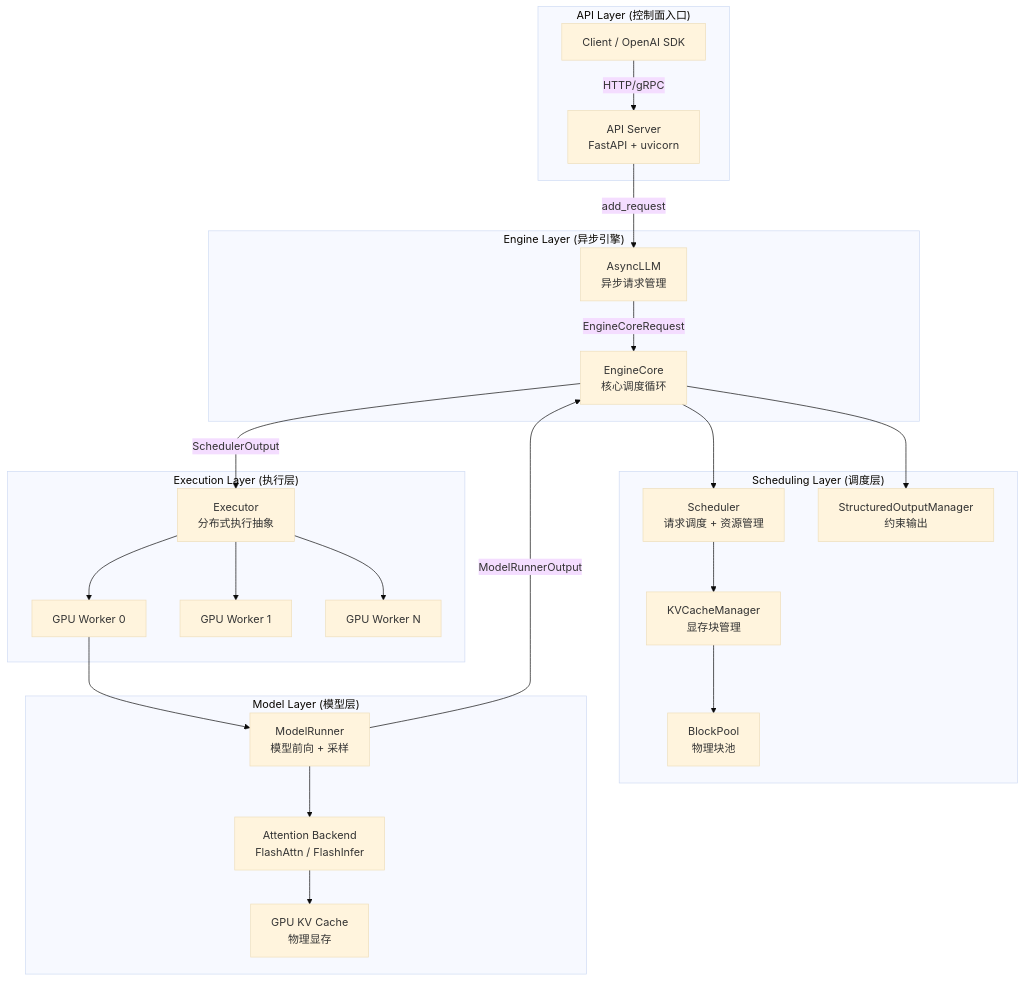
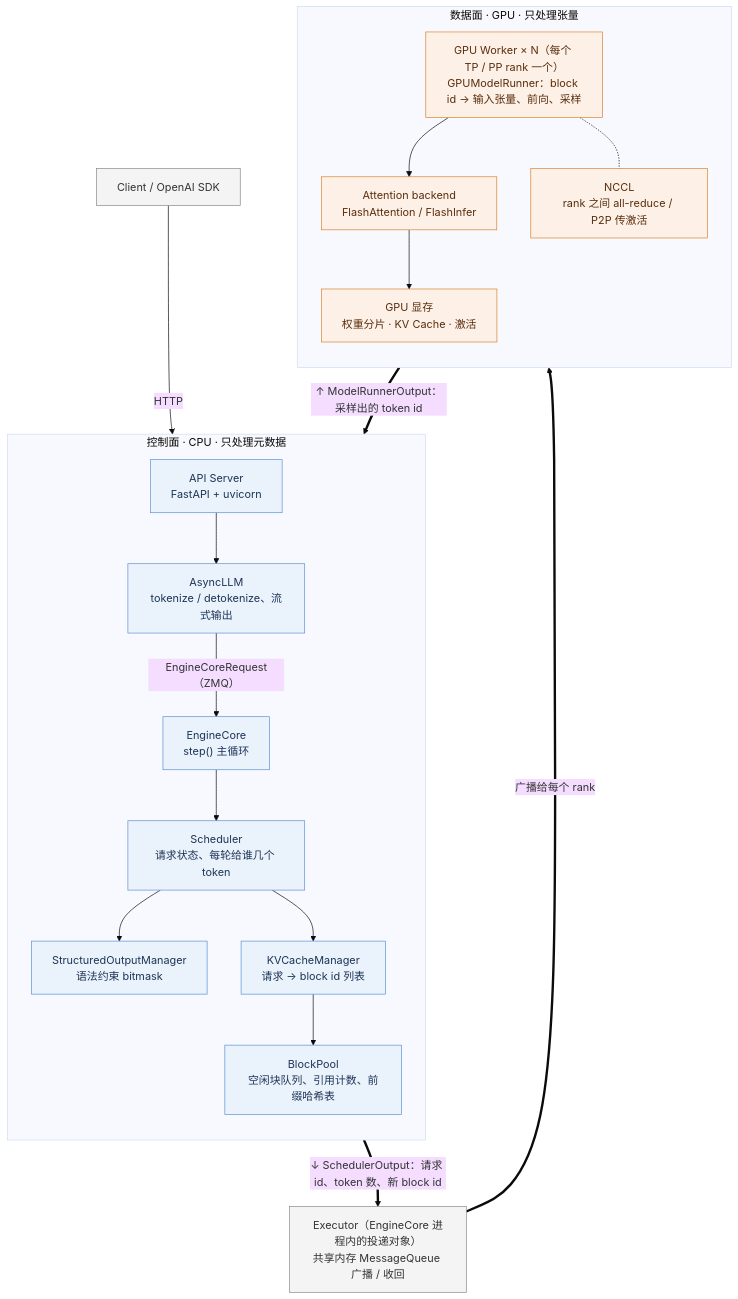
The first of 4 diagrams in _posts/2026-08-14-vllm-request-lifecycle-overview.md (arganzheng/arganzheng.github.com), drawn with Mermaid (base theme) before and after one commit. The commit also changed other lines of this file and 2 other files, not shown here.

First line of the commit message:
vLLM 鸟瞰（03）：按 #270 划线评论修订

````diff
--- a/_posts/2026-08-14-vllm-request-lifecycle-overview.md
+++ b/_posts/2026-08-14-vllm-request-lifecycle-overview.md
@@ -45,49 +45,48 @@
 ```mermaid
-%% 图：vLLM V1 的静态系统拓扑：API 层 → 引擎层 → 调度层 → 执行层，控制面与数据面分离
-graph TB
-    subgraph "API Layer (控制面入口)"
-        Client[Client / OpenAI SDK]
-        API[API Server<br/>FastAPI + uvicorn]
+%% 图：vLLM V1 的逻辑视图：CPU 上的控制面只处理元数据，GPU 上的数据面只处理张量，两者只经 SchedulerOutput / ModelRunnerOutput 交互
+flowchart TB
+    Client["Client / OpenAI SDK"]
+
+    subgraph CP["控制面 · CPU · 只处理元数据"]
+        direction TB
+        API["API Server<br/>FastAPI + uvicorn"]
+        AsyncLLM["AsyncLLM<br/>tokenize / detokenize、流式输出"]
+        EngineCore["EngineCore<br/>step() 主循环"]
+        Scheduler["Scheduler<br/>请求状态、每轮给谁几个 token"]
+        SOManager["StructuredOutputManager<br/>语法约束 bitmask"]
+        KVCacheManager["KVCacheManager<br/>请求 → block id 列表"]
+        BlockPool["BlockPool<br/>空闲块队列、引用计数、前缀哈希表"]
     end
 
-    subgraph "Engine Layer (异步引擎)"
-        AsyncLLM[AsyncLLM<br/>异步请求管理]
-        EngineCore[EngineCore<br/>核心调度循环]
+    EX["Executor（EngineCore 进程内的投递对象）<br/>共享内存 MessageQueue 广播 / 收回"]
+
+    subgraph DP["数据面 · GPU · 只处理张量"]
+        direction TB
+        Worker["GPU Worker × N（每个 TP / PP rank 一个）<br/>GPUModelRunner：block id → 输入张量、前向、采样"]
+        Attn["Attention backend<br/>FlashAttention / FlashInfer"]
+        Mem["GPU 显存<br/>权重分片 · KV Cache · 激活"]
+        NCCL["NCCL<br/>rank 之间 all-reduce / P2P 传激活"]
     end
 
-    subgraph "Scheduling Layer (调度层)"
-        Scheduler[Scheduler<br/>请求调度 + 资源管理]
-        KVCacheManager[KVCacheManager<br/>显存块管理]
-        BlockPool[BlockPool<br/>物理块池]
-        SOManager[StructuredOutputManager<br/>约束输出]
-    end
-
-    subgraph "Execution Layer (执行层)"
-        Executor[Executor<br/>分布式执行抽象]
-        Worker0[GPU Worker 0]
-        Worker1[GPU Worker 1]
-        WorkerN[GPU Worker N]
-    end
-
-    subgraph "Model Layer (模型层)"
-        MR0[ModelRunner<br/>模型前向 + 采样]
-        Attn[Attention Backend<br/>FlashAttn / FlashInfer]
-        KVCache[GPU KV Cache<br/>物理显存]
-    end
-
-    Client -->|HTTP/gRPC| API
-    API -->|add_request| AsyncLLM
-    AsyncLLM -->|EngineCoreRequest| EngineCore
+    Client -->|HTTP| API
+    API --> AsyncLLM
+    AsyncLLM -->|"EngineCoreRequest（ZMQ）"| EngineCore
     EngineCore --> Scheduler
+    Scheduler --> SOManager
     Scheduler --> KVCacheManager
     KVCacheManager --> BlockPool
-    EngineCore --> SOManager
-    EngineCore -->|SchedulerOutput| Executor
-    Executor --> Worker0
-    Executor --> Worker1
-    Executor --> WorkerN
-    Worker0 --> MR0
-    MR0 --> Attn
-    Attn --> KVCache
-    MR0 -->|ModelRunnerOutput| EngineCore
+    BlockPool ~~~ EX
+    EngineCore ==>|"↓ SchedulerOutput：请求 id、token 数、新 block id"| EX
+    EX ==>|广播给每个 rank| Worker
+    Worker ==>|"↑ ModelRunnerOutput：采样出的 token id"| EngineCore
+    Worker --> Attn
+    Attn --> Mem
+    Worker -.- NCCL
+
+    classDef cp fill:#eaf2fb,stroke:#5b8fd6,color:#1d3557
+    classDef dp fill:#fdf0e6,stroke:#d9822b,color:#5a2e0e
+    classDef edge fill:#f4f4f4,stroke:#888,color:#333
+    class API,AsyncLLM,EngineCore,Scheduler,SOManager,KVCacheManager,BlockPool cp
+    class Worker,Attn,Mem,NCCL dp
+    class EX,Client edge
 ```
````
